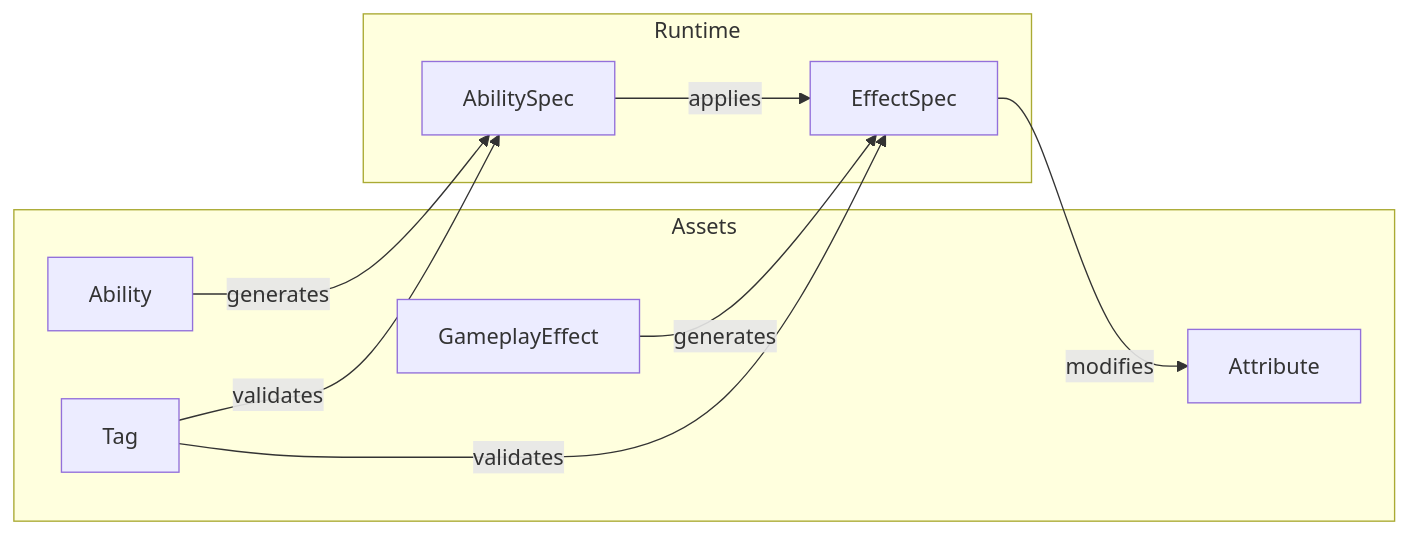
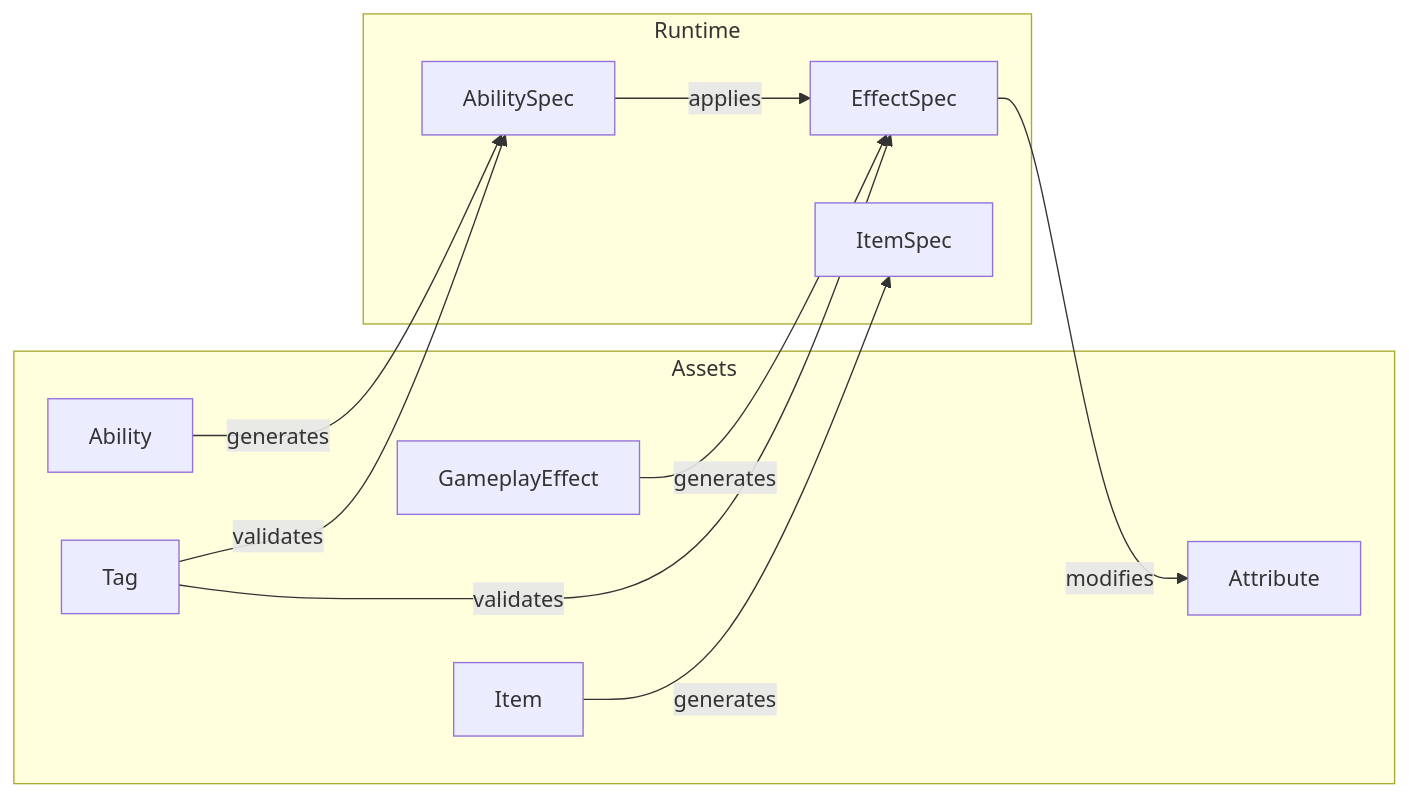
Before and after one commit to gabedvdsn/PlayForge-Documentation: the diagram in docs/concepts/index.md, drawn with Mermaid. The commit also changed other lines of this file and 14 other files, not shown here.

````diff
--- a/docs/concepts/index.md
+++ b/docs/concepts/index.md
@@ -7,21 +24,23 @@
 ```mermaid
 graph LR
     subgraph Assets
         A[Ability]
+        I[Item]
         E[GameplayEffect]
         Attr[Attribute]
         T[Tag]
     end
     
     subgraph Runtime
         AS[AbilitySpec]
         ES[EffectSpec]
+        IS[ItemSpec]
     end
-    
+    I -->|generates| IS
     A -->|generates| AS
     E -->|generates| ES
     AS -->|applies| ES
     ES -->|modifies| Attr
     T -->|validates| AS
     T -->|validates| ES
 ```
````
